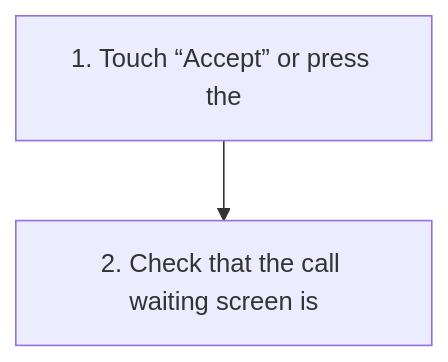
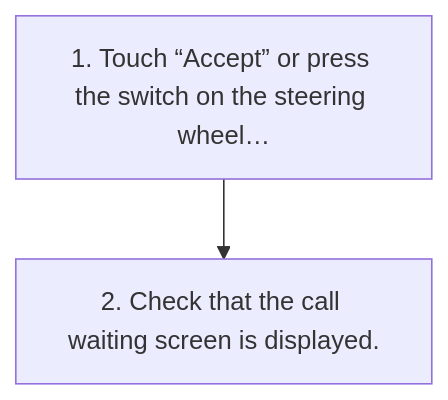
One commit to Chieko-Y/my-spec-generator changed the diagram in workspace/subaru/outback-2026/ivi/published/phone/14-call-waiting.md. Above: the diagram before and after it, drawn with Mermaid. The commit also changed other lines of this file and 477 other files, not shown here.

````diff
--- a/workspace/subaru/outback-2026/ivi/published/phone/14-call-waiting.md
+++ b/workspace/subaru/outback-2026/ivi/published/phone/14-call-waiting.md
@@ -17,6 +17,6 @@
 ```mermaid
 flowchart TD
-    S1["1. Touch “Accept” or press the"]
-    S2["2. Check that the call waiting screen is"]
+    S1["1. Touch “Accept” or press the switch on the steering wheel…"]
+    S2["2. Check that the call waiting screen is displayed."]
     S1 --> S2
 ```
````
